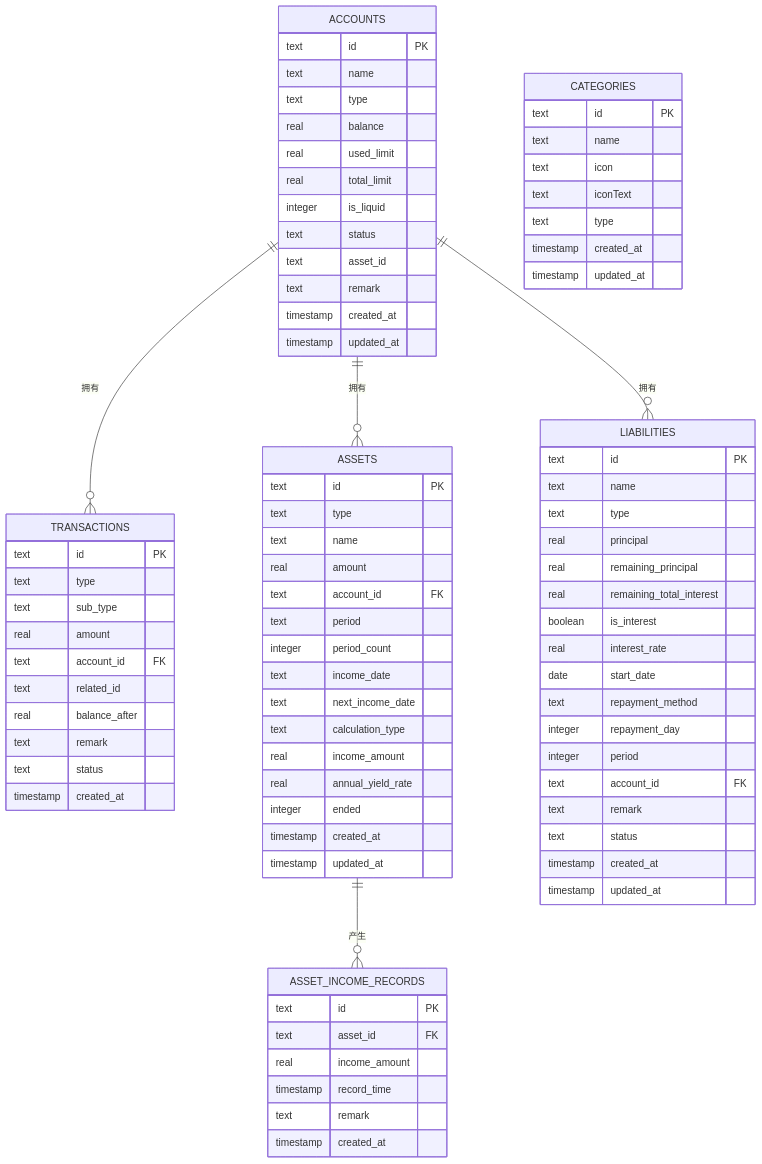
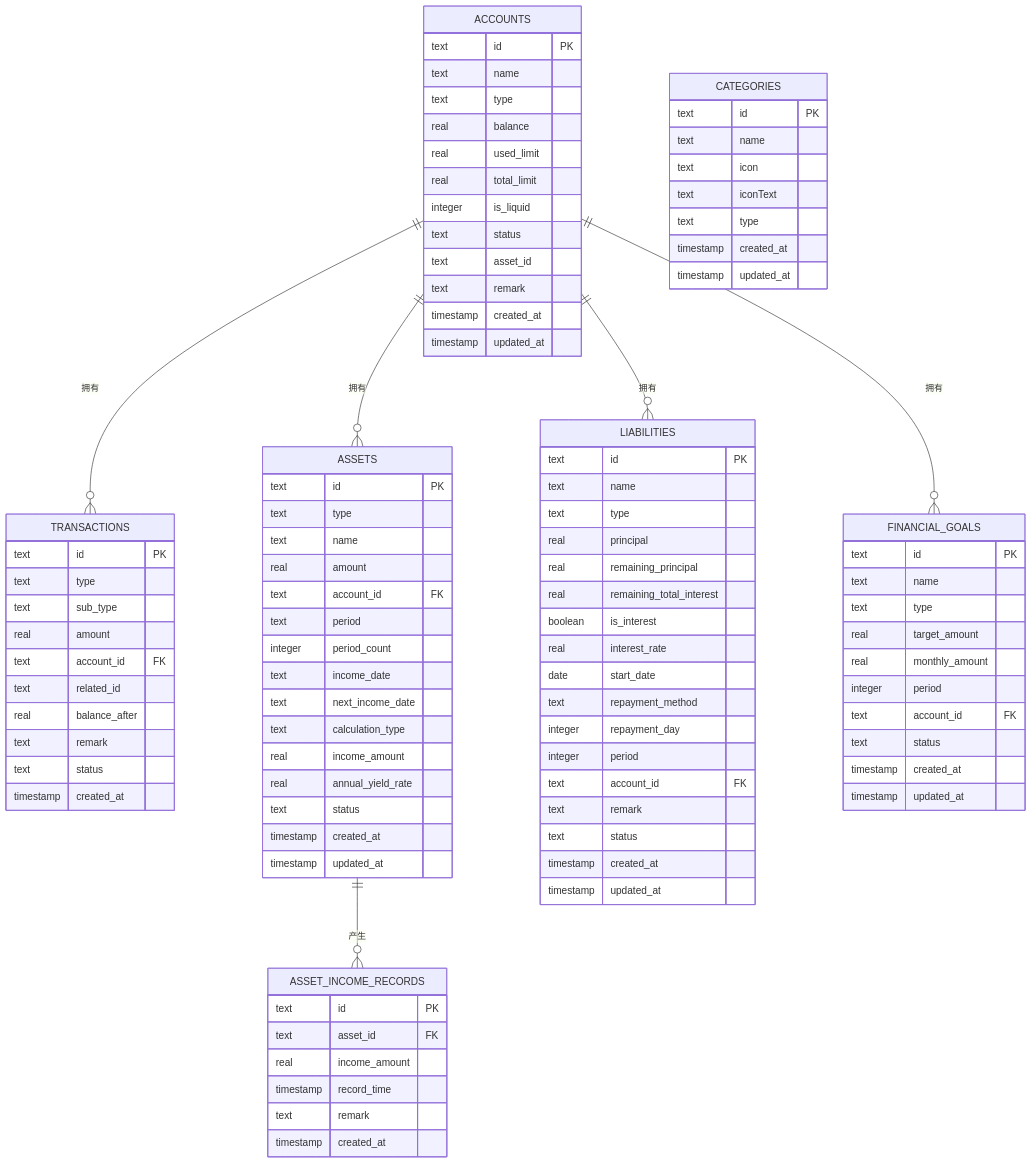
Before and after one commit to xiao-lin-unit/yuan: the third of 10 diagrams in .qoder/repowiki/zh/content/数据库管理/数据库设计.md, drawn with Mermaid. The commit also changed other lines of this file and 51 other files, not shown here.

````diff
--- a/.qoder/repowiki/zh/content/数据库管理/数据库设计.md
+++ b/.qoder/repowiki/zh/content/数据库管理/数据库设计.md
@@ -283,7 +303,7 @@
 text calculation_type
 real income_amount
 real annual_yield_rate
-integer ended
+text status
 timestamp created_at
 timestamp updated_at
 }
@@ -314,6 +334,18 @@
 timestamp created_at
 timestamp updated_at
 }
+FINANCIAL_GOALS {
+text id PK
+text name
+text type
+real target_amount
+real monthly_amount
+integer period
+text account_id FK
+text status
+timestamp created_at
+timestamp updated_at
+}
 CATEGORIES {
 text id PK
 text name
@@ -327,4 +359,5 @@
 ACCOUNTS ||--o{ ASSETS : "拥有"
 ASSETS ||--o{ ASSET_INCOME_RECORDS : "产生"
 ACCOUNTS ||--o{ LIABILITIES : "拥有"
+ACCOUNTS ||--o{ FINANCIAL_GOALS : "拥有"
 ```
````
